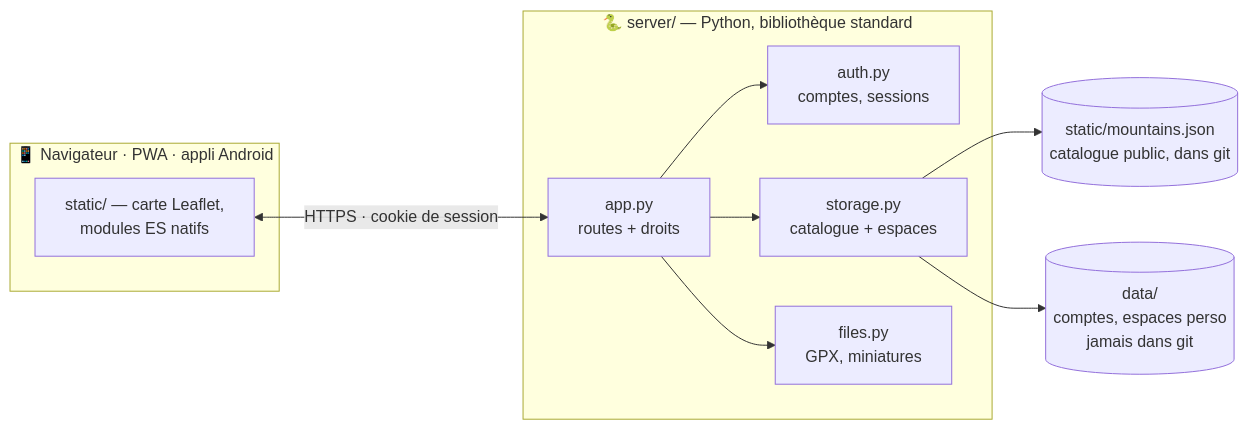
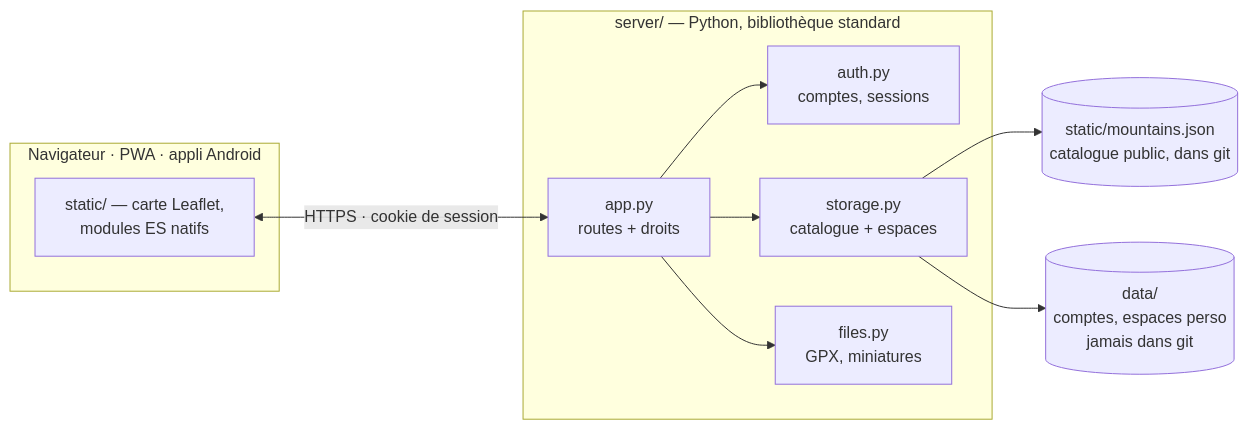
Before and after one commit to celtill0s/Altus3k: the diagram in README.md, drawn with Mermaid. The commit also changed other lines of this file and 15 other files, not shown here.

````diff
--- a/README.md
+++ b/README.md
@@ -96,16 +97,16 @@
 ```mermaid
 flowchart LR
-    subgraph Navigateur["📱 Navigateur · PWA · appli Android"]
+    subgraph Navigateur["Navigateur · PWA · appli Android"]
         UI["static/ — carte Leaflet,<br>modules ES natifs"]
     end
-    subgraph Serveur["🐍 server/ — Python, bibliothèque standard"]
+    subgraph Serveur["server/ — Python, bibliothèque standard"]
         APP["app.py<br>routes + droits"] --> AUTH["auth.py<br>comptes, sessions"]
         APP --> STORE["storage.py<br>catalogue + espaces"]
         APP --> FILES["files.py<br>GPX, miniatures"]
     end
     CAT[("static/mountains.json<br>catalogue public, dans git")]
     DATA[("data/<br>comptes, espaces perso<br>jamais dans git")]
     UI <-->|HTTPS · cookie de session| APP
     STORE --> CAT
     STORE --> DATA
 ```
````
